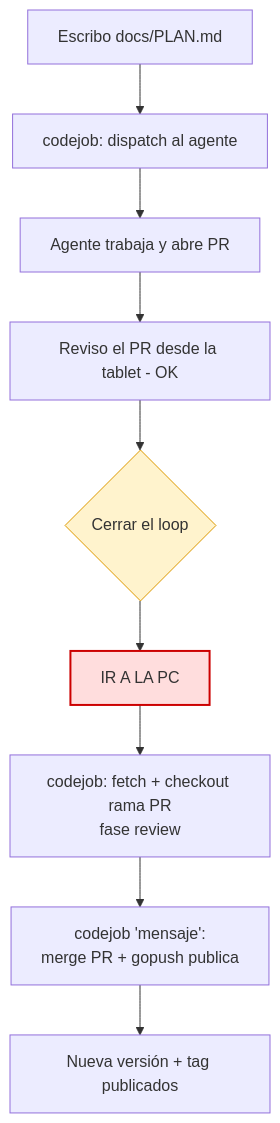
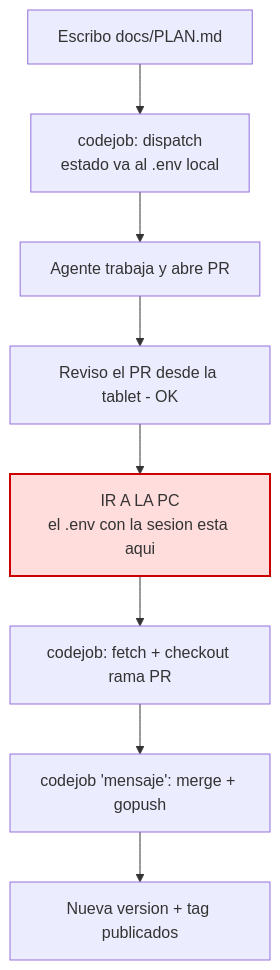
The second of 3 diagrams in docs/PLAN.md (tinywasm/devflow), drawn with Mermaid before and after one commit. The commit also changed other lines of this file, not shown here.

First line of the commit message:
docs: unify codejob state in PLAN.md frontmatter; enable full cloud loop

````diff
--- a/docs/PLAN.md
+++ b/docs/PLAN.md
@@ -94,14 +146,12 @@
 ```mermaid
 flowchart TD
-    A[Escribo docs/PLAN.md] --> B[codejob: dispatch al agente]
+    A[Escribo docs/PLAN.md] --> B[codejob: dispatch<br/>estado va al .env local]
     B --> C[Agente trabaja y abre PR]
     C --> D[Reviso el PR desde la tablet - OK]
-    D --> E{Cerrar el loop}
-    E --> F[IR A LA PC]
-    F --> G[codejob: fetch + checkout rama PR<br/>fase review]
-    G --> H[codejob 'mensaje':<br/>merge PR + gopush publica]
-    H --> I[Nueva versión + tag publicados]
+    D --> F[IR A LA PC<br/>el .env con la sesion esta aqui]
+    F --> G[codejob: fetch + checkout rama PR]
+    G --> H[codejob 'mensaje': merge + gopush]
+    H --> I[Nueva version + tag publicados]
 
     style F fill:#ffdddd,stroke:#c00,stroke-width:2px
-    style E fill:#fff3cd,stroke:#d90
 ```
````
